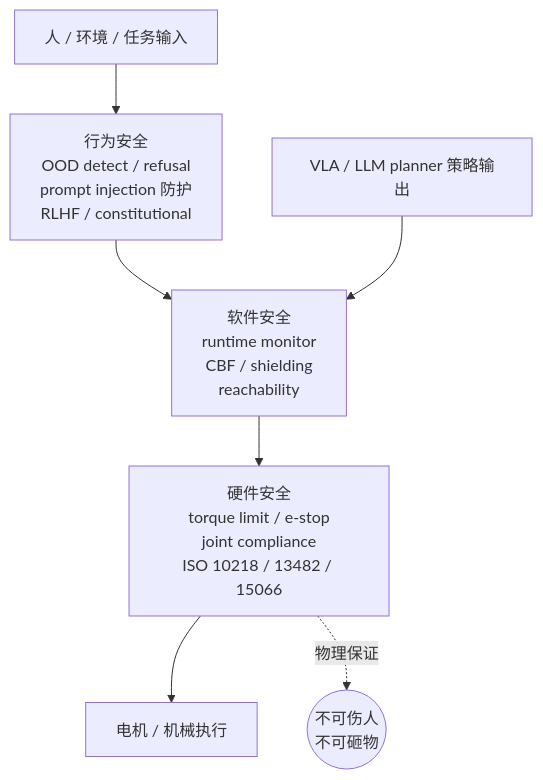
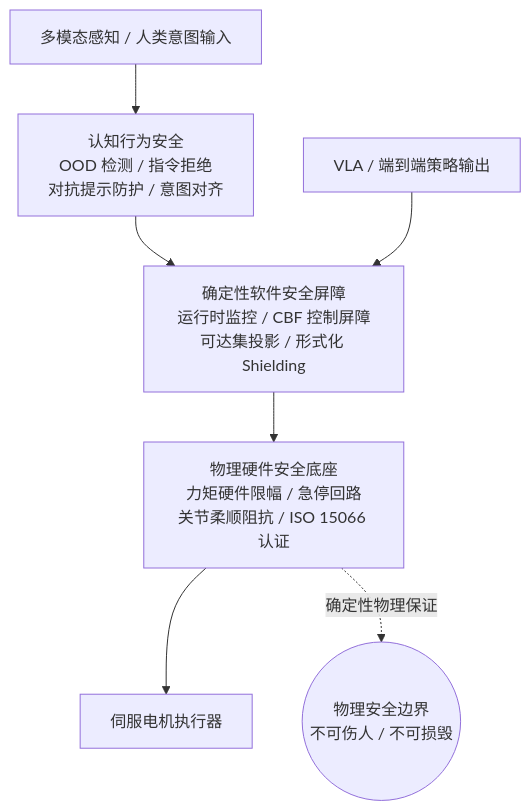
One commit to yingwang/robotics-llm-book changed the diagram in docs/10-safety.md. Above: the diagram before and after it, drawn with Mermaid. The commit also changed other lines of this file and 19 other files, not shown here.

````diff
--- a/docs/10-safety.md
+++ b/docs/10-safety.md
@@ -25,9 +27,9 @@
 ```mermaid
 flowchart TB
-  IN[人 / 环境 / 任务输入] --> BH[行为安全<br/>OOD detect / refusal<br/>prompt injection 防护<br/>RLHF / constitutional]
-  BH --> SW[软件安全<br/>runtime monitor<br/>CBF / shielding<br/>reachability]
-  SW --> HW[硬件安全<br/>torque limit / e-stop<br/>joint compliance<br/>ISO 10218 / 13482 / 15066]
-  HW --> M[电机 / 机械执行]
-  P[VLA / LLM planner 策略输出] --> SW
-  HW -.->|物理保证| GUARD((不可伤人<br/>不可砸物))
+  IN[多模态感知 / 人类意图输入] --> BH[认知行为安全<br/>OOD 检测 / 指令拒绝<br/>对抗提示防护 / 意图对齐]
+  BH --> SW[确定性软件安全屏障<br/>运行时监控 / CBF 控制屏障<br/>可达集投影 / 形式化 Shielding]
+  SW --> HW[物理硬件安全底座<br/>力矩硬件限幅 / 急停回路<br/>关节柔顺阻抗 / ISO 15066 认证]
+  HW --> M[伺服电机执行器]
+  P[VLA / 端到端策略输出] --> SW
+  HW -.->|确定性物理保证| GUARD((物理安全边界<br/>不可伤人 / 不可损毁))
 ```
````
